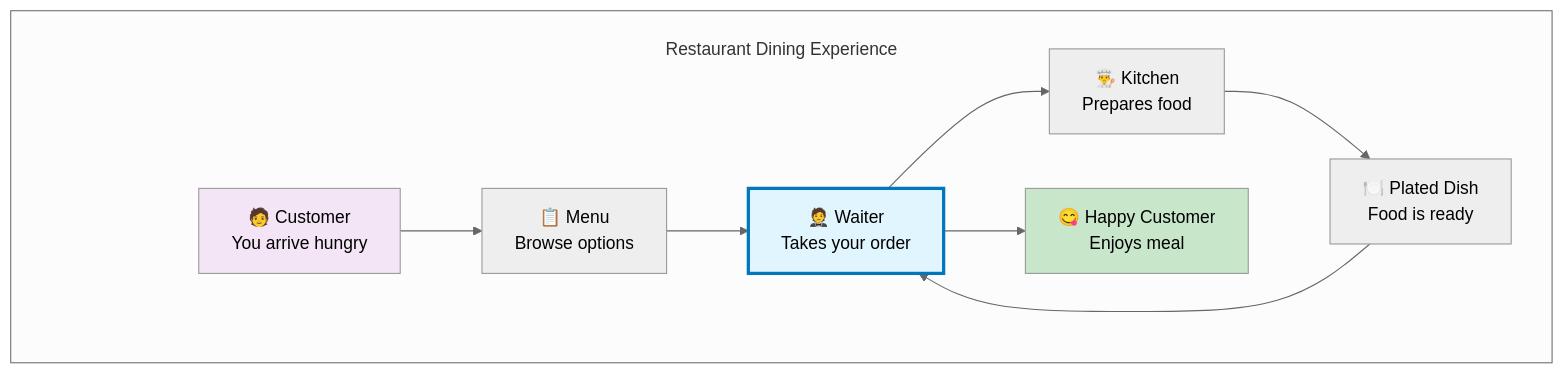
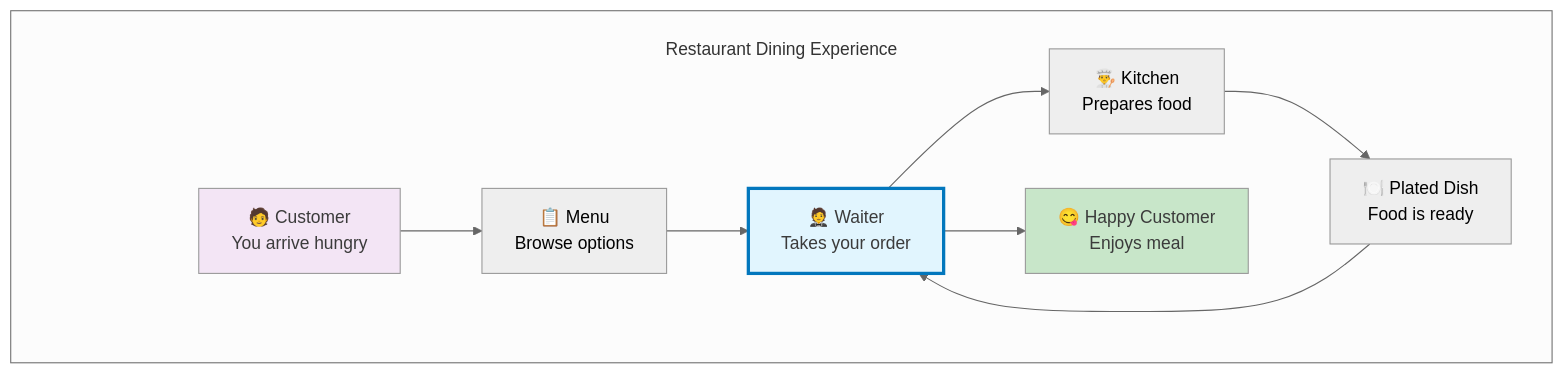
The first of 17 diagrams in app/docs/01_getting-started/a-start-what-is-restapi/page.mdx (ridwanspace/restful-fastapi-guideline), drawn with Mermaid (neutral theme) before and after one commit. The commit also changed other lines of this file and 1 other file, not shown here.

First line of the commit message:
💄 style(docs): improve mermaid diagram styles for accessibility

````diff
--- a/app/docs/01_getting-started/a-start-what-is-restapi/page.mdx
+++ b/app/docs/01_getting-started/a-start-what-is-restapi/page.mdx
@@ -27,19 +27,19 @@
 ```mermaid
 graph TD
     subgraph "<br>Restaurant Dining Experience"
         %% Invisible node for spacing
         invisible_node[ ]
         invisible_node ~~~ A[🧑 Customer<br/>You arrive hungry]
         A --> B[📋 Menu<br/>Browse options]
         B --> C[🤵 Waiter<br/>Takes your order]
         C --> D[👨‍🍳 Kitchen<br/>Prepares food]
         D --> E[🍽️ Plated Dish<br/>Food is ready]
         E --> C
         C --> F[😋 Happy Customer<br/>Enjoys meal]
     end
     
     style invisible_node fill:none,stroke:none
-    style C fill:#e1f5fe,stroke:#0277bd,stroke-width:3px
-    style A fill:#f3e5f5
-    style F fill:#c8e6c9
+    style C fill:#e1f5fe,stroke:#0277bd,stroke-width:3px,color:#3b3b3b
+    style A fill:#f3e5f5,color:#3b3b3b
+    style F fill:#c8e6c9,color:#3b3b3b
 ```
````
